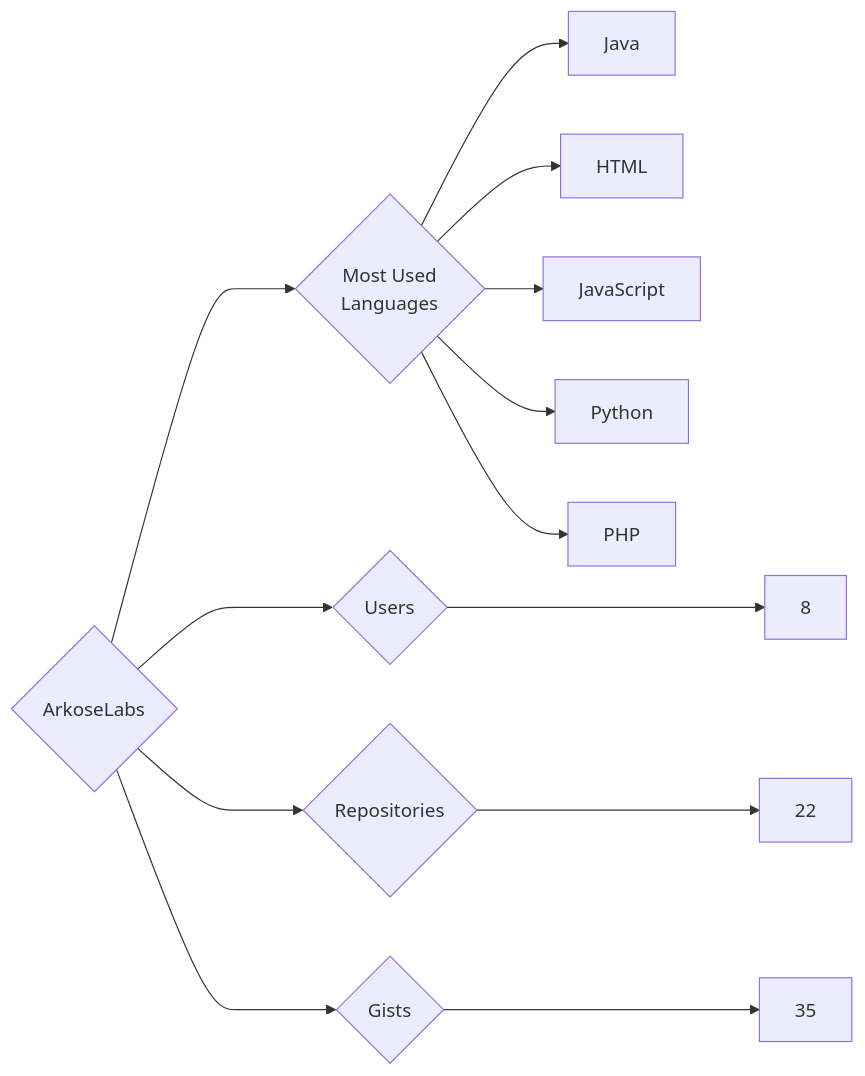
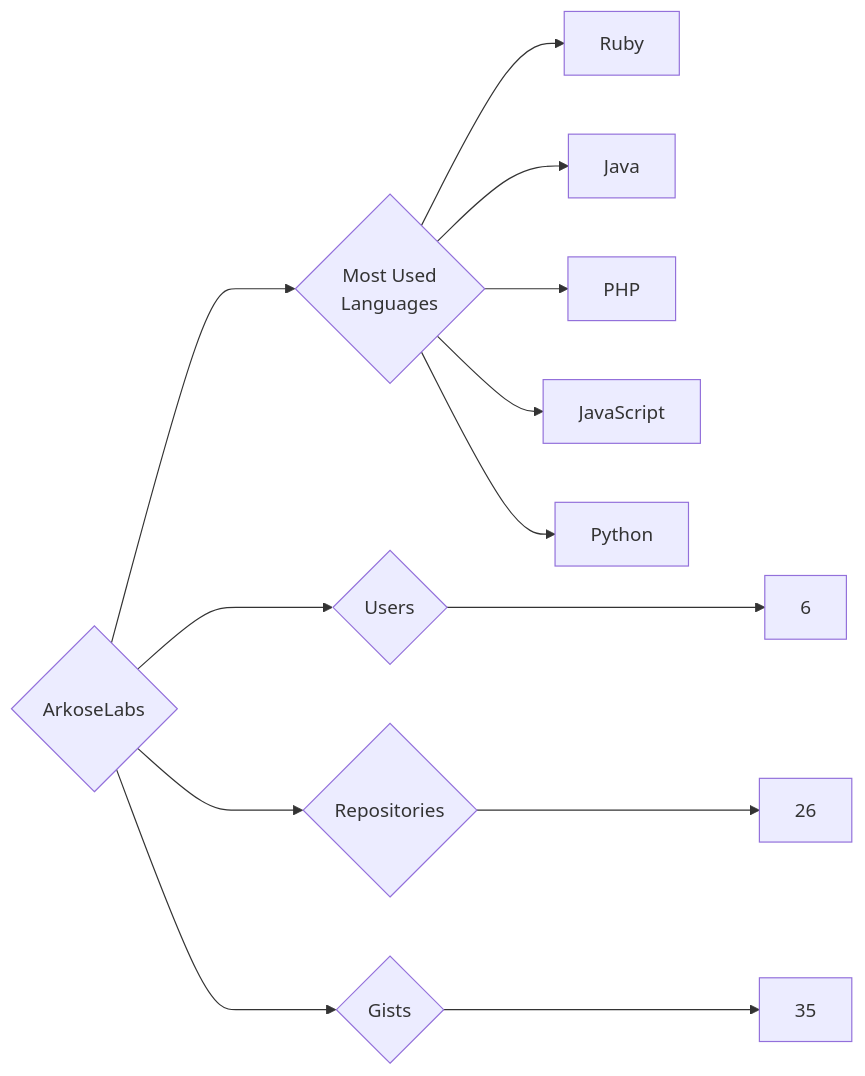
One commit to trickest/insiders changed the diagram in targets/ArkoseLabs/README.md. Above: the diagram before and after it, drawn with Mermaid. The commit also changed 1170 other files, not shown here.

````diff
--- a/targets/ArkoseLabs/README.md
+++ b/targets/ArkoseLabs/README.md
@@ -3,13 +3,13 @@
 ```mermaid
 graph LR
 COMPANY_NAME{ArkoseLabs}
-COMPANY_NAME ---> U{Users} ---> UN[8]
-COMPANY_NAME ---> R{Repositories} ---> RN[22]
+COMPANY_NAME ---> U{Users} ---> UN[6]
+COMPANY_NAME ---> R{Repositories} ---> RN[26]
 COMPANY_NAME ---> G{Gists} ---> GN[35]
 COMPANY_NAME ---> ML{Most Used<br>Languages}
+ML --> Ruby[Ruby]
 ML --> Java[Java]
-ML --> HTML[HTML]
+ML --> PHP[PHP]
 ML --> JavaScript[JavaScript]
 ML --> Python[Python]
-ML --> PHP[PHP]
 ```
````
